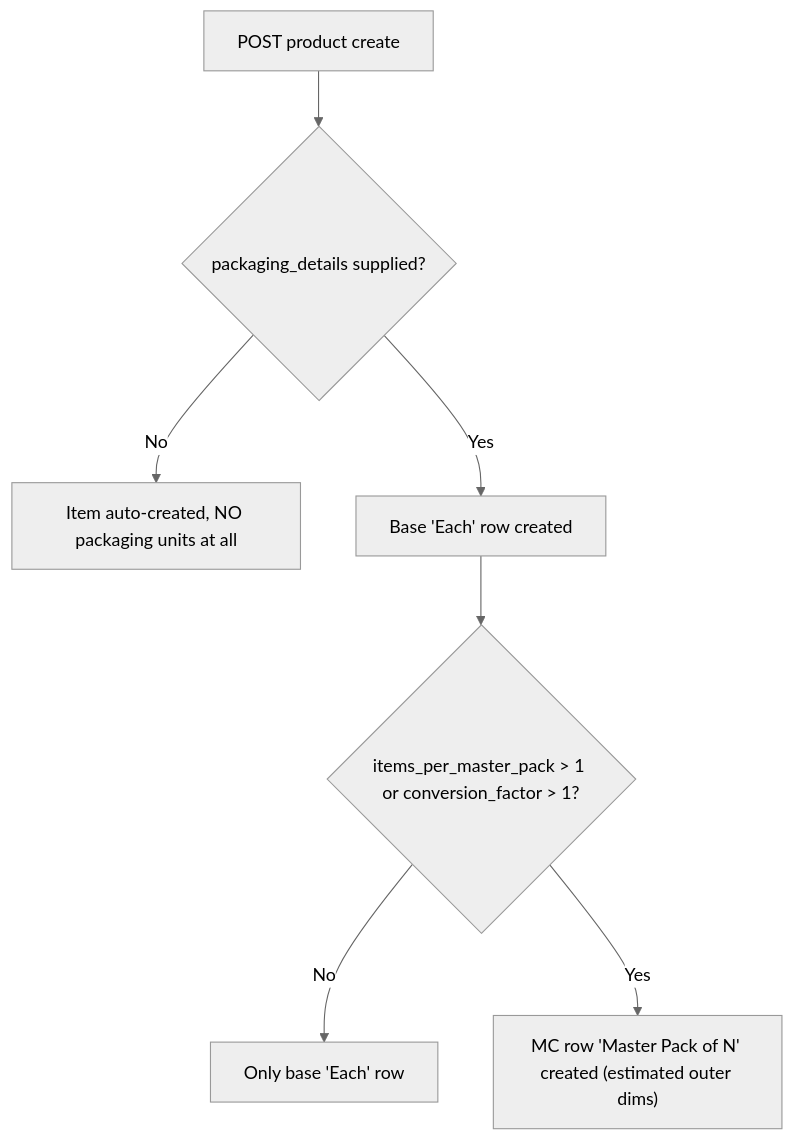
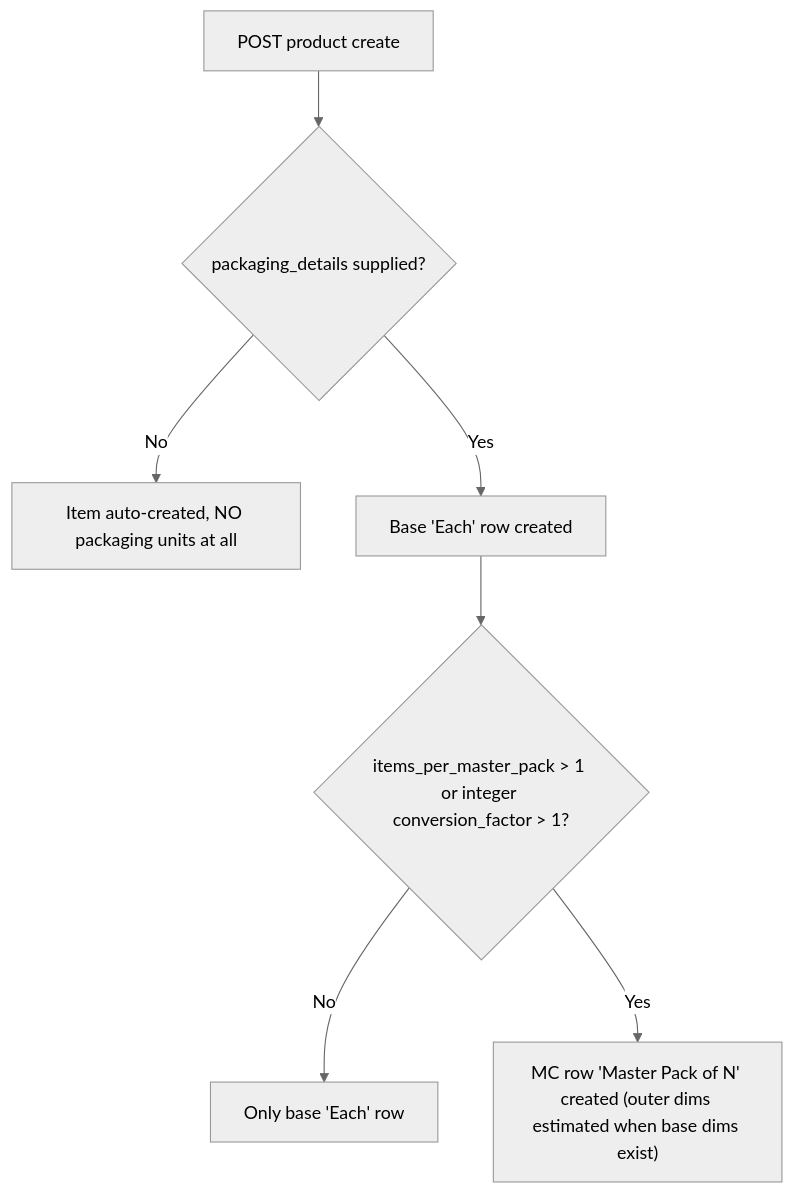
Before and after one commit to devnegikec/horizon-sync-erp-be: the diagram in MASTER_PACKAGING_AT_ITEM_AUTO_CREATION.md, drawn with Mermaid (neutral theme). The commit also changed other lines of this file and 12 other files, not shown here.

````diff
--- a/MASTER_PACKAGING_AT_ITEM_AUTO_CREATION.md
+++ b/MASTER_PACKAGING_AT_ITEM_AUTO_CREATION.md
@@ -28,9 +28,9 @@
 ```mermaid
 flowchart TD
     A["POST product create"] --> B{packaging_details supplied?}
     B -- No --> C["Item auto-created, NO packaging units at all"]
     B -- Yes --> D["Base 'Each' row created"]
-    D --> E{items_per_master_pack > 1 or conversion_factor > 1?}
+    D --> E{items_per_master_pack > 1 or integer conversion_factor > 1?}
     E -- No --> F["Only base 'Each' row"]
-    E -- Yes --> G["MC row 'Master Pack of N' created (estimated outer dims)"]
+    E -- Yes --> G["MC row 'Master Pack of N' created (outer dims estimated when base dims exist)"]
 ```
````
